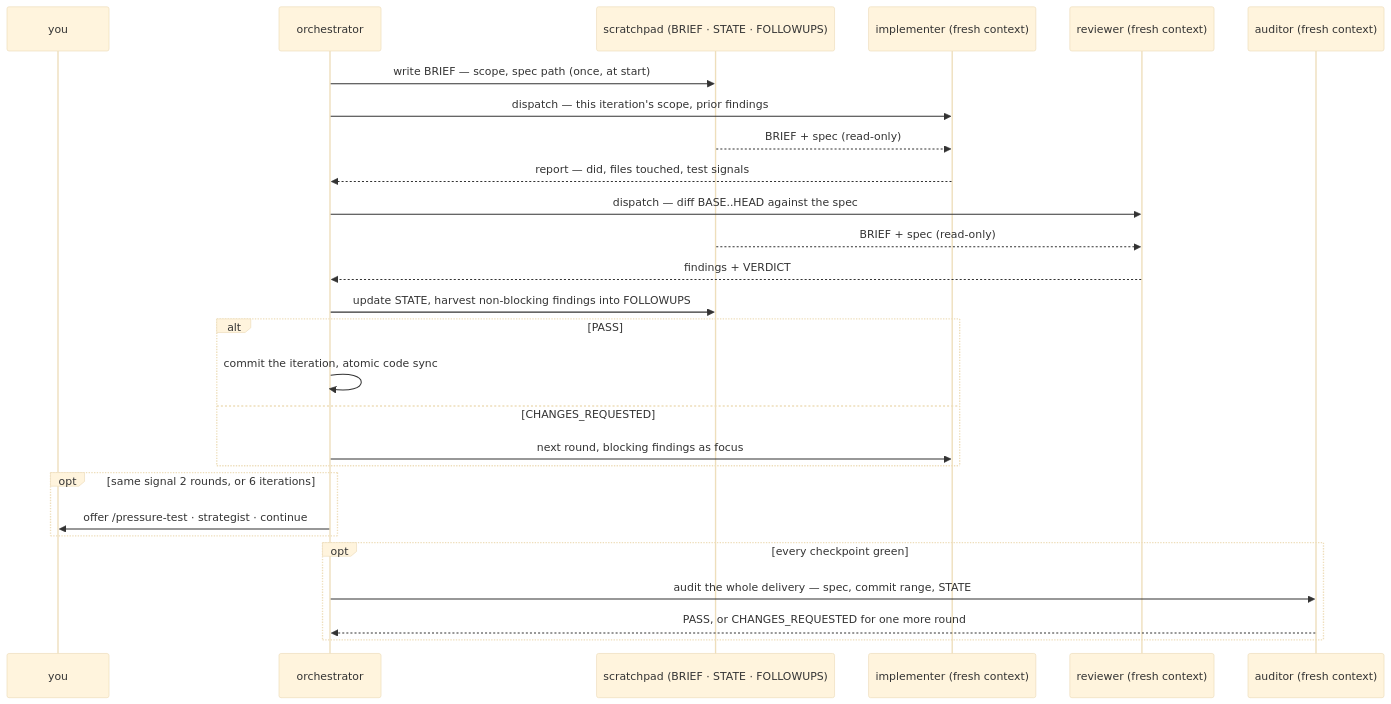
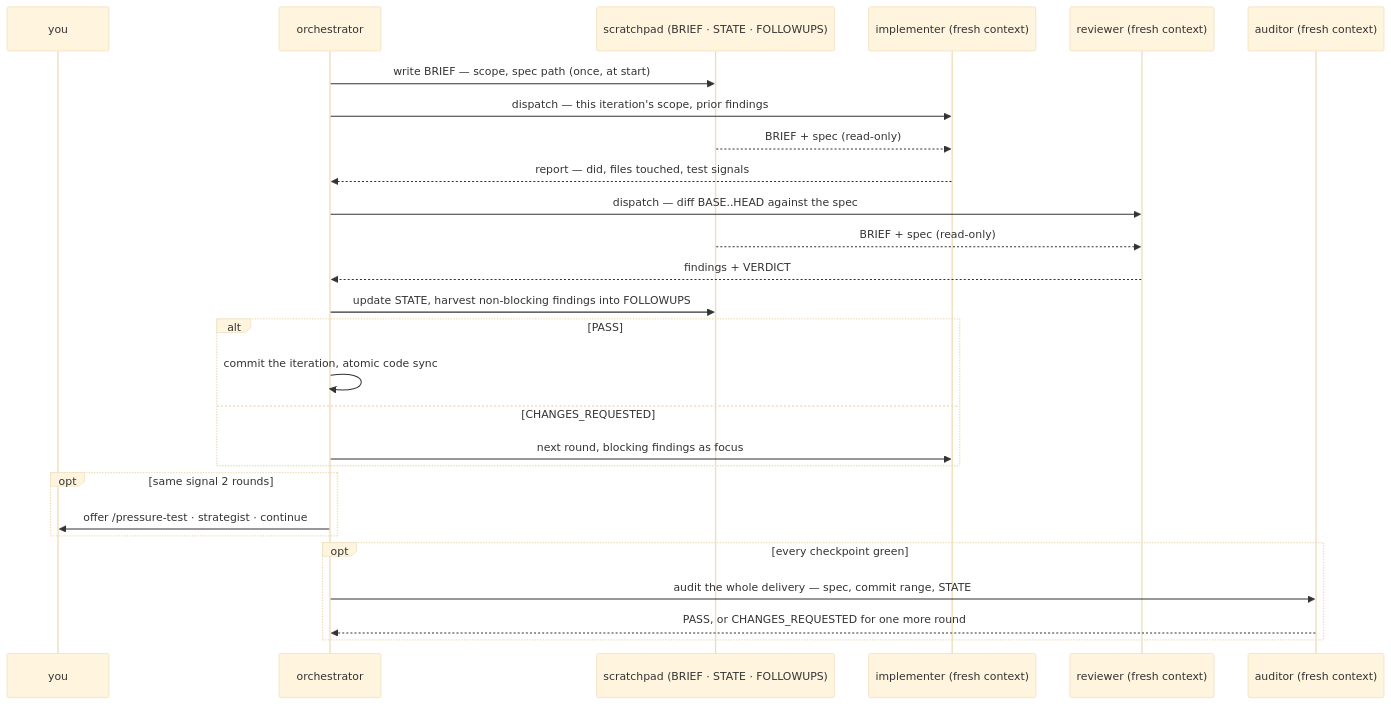
The second of 2 diagrams in docs/reference/workflow.md (damusix/atomic-claude), drawn with Mermaid (base theme) before and after one commit. The commit also changed 3 other files, not shown here.

````diff
--- a/docs/reference/workflow.md
+++ b/docs/reference/workflow.md
@@ -103,31 +103,31 @@
 ```mermaid
 sequenceDiagram
     accTitle: One iteration of the implement-review loop, and the final audit
     accDescr: The orchestrator writes the scratchpad files. It dispatches the implementer and the reviewer, each of which reads the brief and the spec and reports back. The orchestrator updates STATE, harvests non-blocking findings into FOLLOWUPS, commits on PASS or re-dispatches on CHANGES_REQUESTED, offers escalation to the user when stuck, and dispatches the auditor once when every checkpoint is green.
     participant U as you
     participant O as orchestrator
     participant S as scratchpad (BRIEF · STATE · FOLLOWUPS)
     participant I as implementer (fresh context)
     participant R as reviewer (fresh context)
     participant A as auditor (fresh context)
     O->>S: write BRIEF — scope, spec path (once, at start)
     O->>I: dispatch — this iteration's scope, prior findings
     S-->>I: BRIEF + spec (read-only)
     I-->>O: report — did, files touched, test signals
     O->>R: dispatch — diff BASE..HEAD against the spec
     S-->>R: BRIEF + spec (read-only)
     R-->>O: findings + VERDICT
     O->>S: update STATE, harvest non-blocking findings into FOLLOWUPS
     alt PASS
         O->>O: commit the iteration, atomic code sync
     else CHANGES_REQUESTED
         O->>I: next round, blocking findings as focus
     end
-    opt same signal 2 rounds, or 6 iterations
+    opt same signal 2 rounds
         O->>U: offer /pressure-test · strategist · continue
     end
     opt every checkpoint green
         O->>A: audit the whole delivery — spec, commit range, STATE
         A-->>O: PASS, or CHANGES_REQUESTED for one more round
     end
 ```
````
